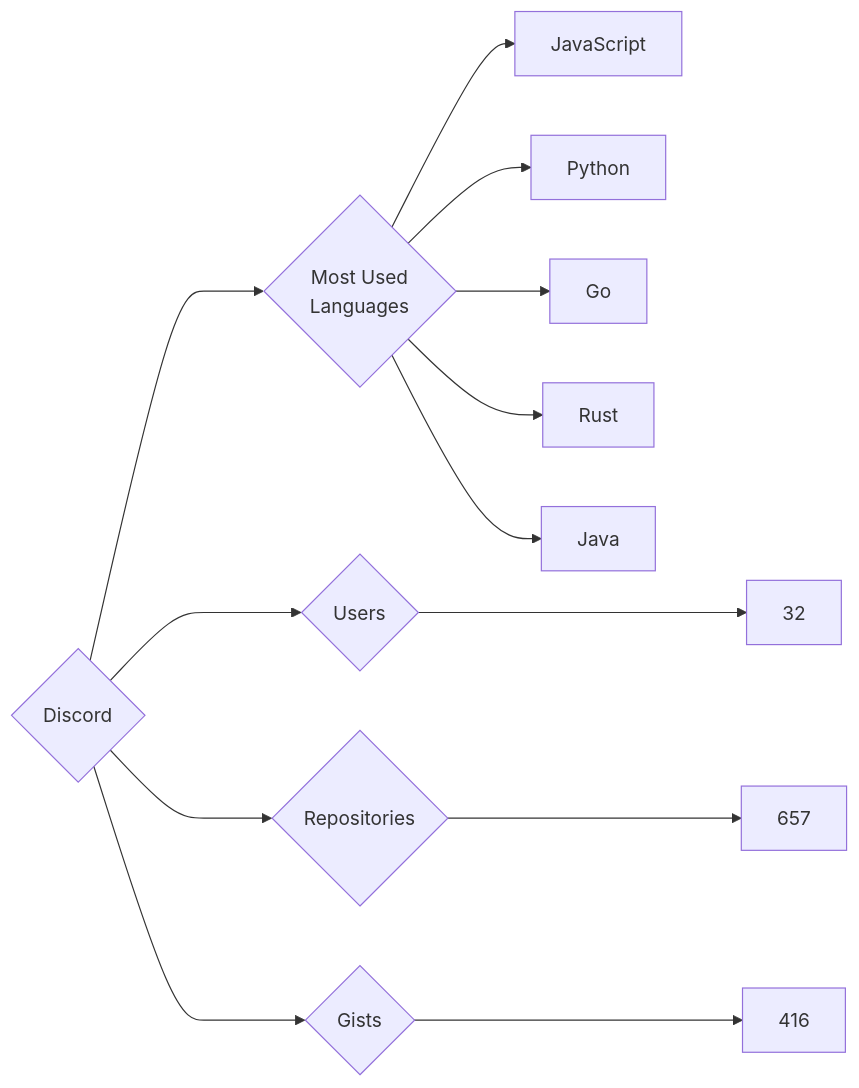
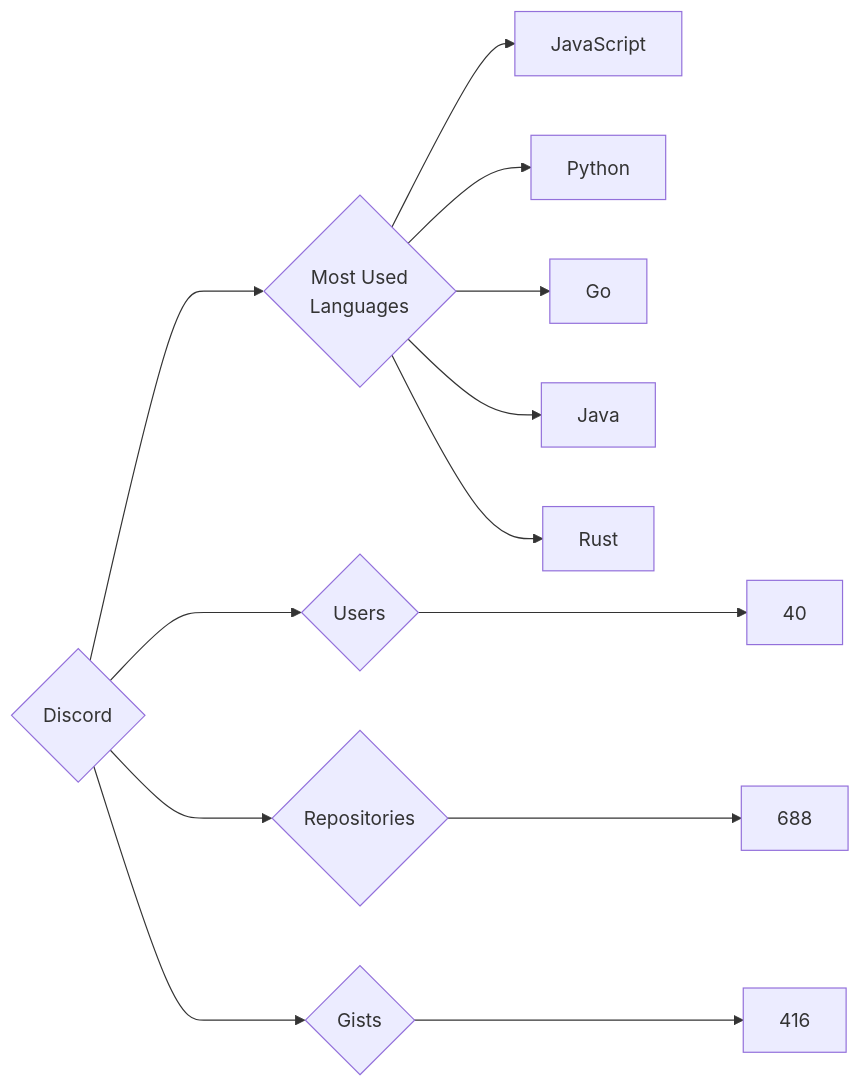
The diagram in targets/Discord/README.md (trickest/insiders), drawn with Mermaid before and after one commit. The commit also changed 752 other files, not shown here.

````diff
--- a/targets/Discord/README.md
+++ b/targets/Discord/README.md
@@ -3,13 +3,13 @@
 ```mermaid
 graph LR
 COMPANY_NAME{Discord}
-COMPANY_NAME ---> U{Users} ---> UN[32]
-COMPANY_NAME ---> R{Repositories} ---> RN[657]
+COMPANY_NAME ---> U{Users} ---> UN[40]
+COMPANY_NAME ---> R{Repositories} ---> RN[688]
 COMPANY_NAME ---> G{Gists} ---> GN[416]
 COMPANY_NAME ---> ML{Most Used<br>Languages}
 ML --> JavaScript[JavaScript]
 ML --> Python[Python]
 ML --> Go[Go]
+ML --> Java[Java]
 ML --> Rust[Rust]
-ML --> Java[Java]
 ```
````
